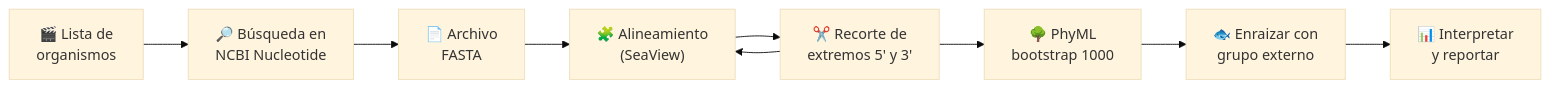
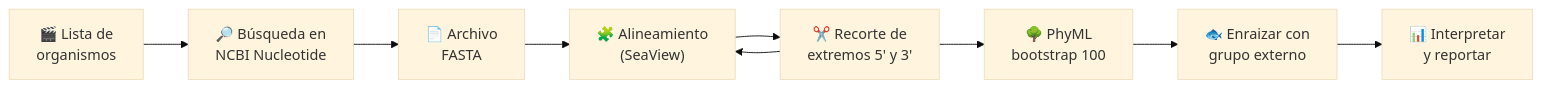
One commit to rgescobedo/filogenia-hemoglobina changed the diagram in README.md. Above: the diagram before and after it, drawn with Mermaid (base theme). The commit also changed other lines of this file and 7 other files, not shown here.

````diff
--- a/README.md
+++ b/README.md
@@ -47,11 +47,11 @@
 ```mermaid
 flowchart LR
     A["🎬 Lista de<br/>organismos"] --> B["🔎 Búsqueda en<br/>NCBI Nucleotide"]
     B --> C["📄 Archivo<br/>FASTA"]
     C --> D["🧩 Alineamiento<br/>(SeaView)"]
     D --> E["✂️ Recorte de<br/>extremos 5' y 3'"]
     E --> D
-    E --> F["🌳 PhyML<br/>bootstrap 1000"]
+    E --> F["🌳 PhyML<br/>bootstrap 100"]
     F --> G["🐟 Enraizar con<br/>grupo externo"]
     G --> H["📊 Interpretar<br/>y reportar"]
 ```
````
